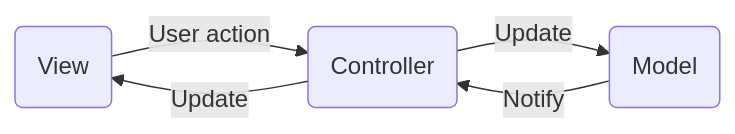
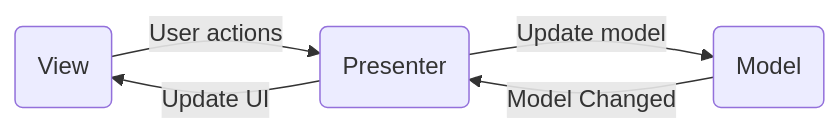
One commit to HirotsuguKaga/CLARK-COMPANY changed the diagram in Mermaid_GameBook.md. Above: the diagram before and after it, drawn with Mermaid. The commit also changed other lines of this file, not shown here.

````diff
--- a/Mermaid_GameBook.md
+++ b/Mermaid_GameBook.md
@@ -1,5 +2,5 @@
 ```Mermaid
 flowchart LR
-    id1(View) -- User action --> id2(Controller) -- Update -->  id1
-    id2(Controller) -- Update --> id3(Model) -- Notify --> id2
+    id3(View) -- User actions --> id2 -- Update UI --> id3(View)
+    id1(Model) -- Model Changed --> id2(Presenter) -- Update model --> id1
 ```
````
